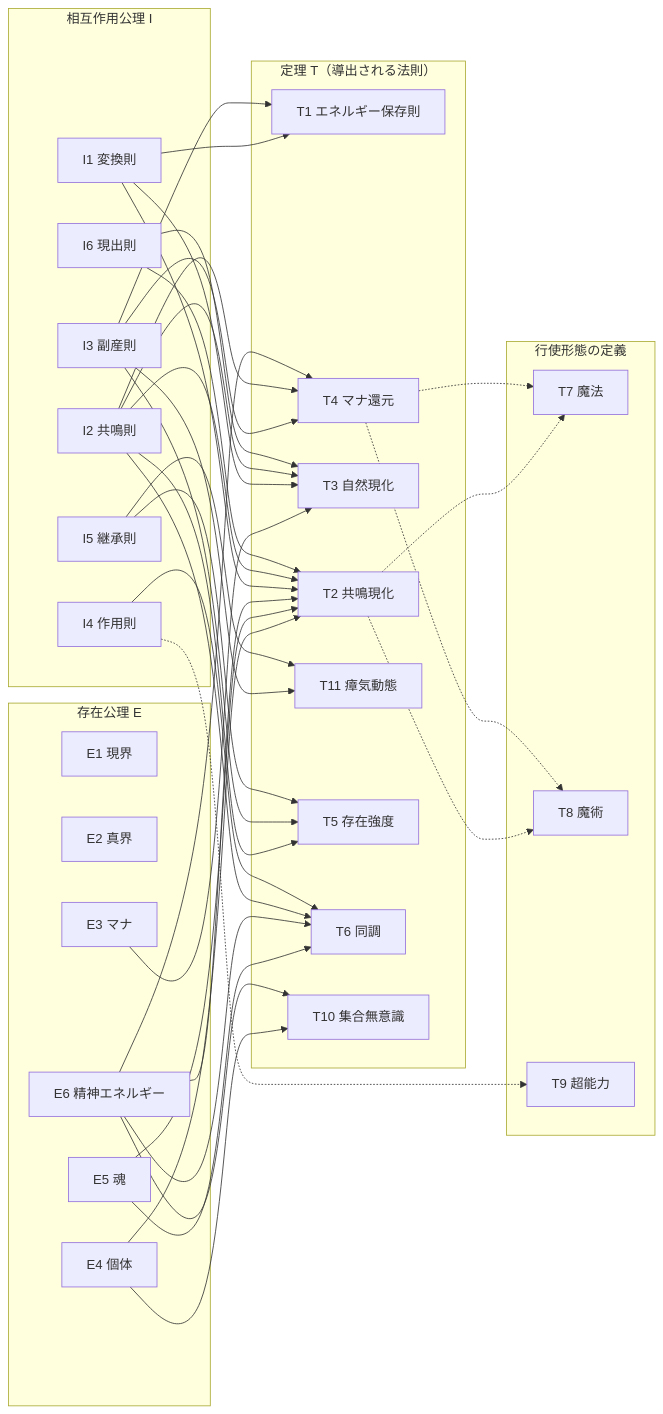
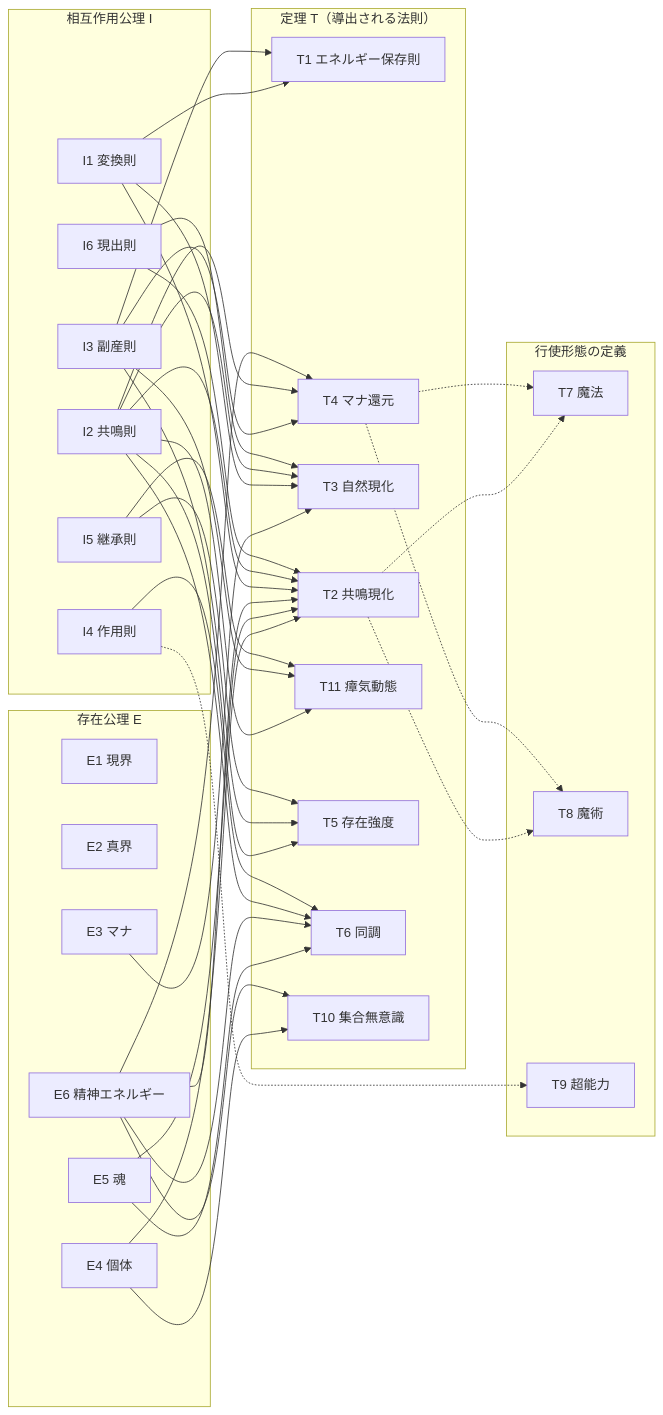
Before and after one commit to nnnstett/WorldMaterial_Mana: the second of 2 diagrams in world/README.md, drawn with Mermaid. The commit also changed other lines of this file, not shown here.

````diff
--- a/world/README.md
+++ b/world/README.md
@@ -158,65 +158,66 @@
 ```mermaid
 flowchart LR
   subgraph EA["存在公理 E"]
     E1["E1 現界"]
     E2["E2 真界"]
     E3["E3 マナ"]
     E4["E4 個体"]
     E5["E5 魂"]
     E6["E6 精神エネルギー"]
   end
   subgraph IA["相互作用公理 I"]
     I1["I1 変換則"]
     I2["I2 共鳴則"]
     I3["I3 副産則"]
     I4["I4 作用則"]
     I5["I5 継承則"]
     I6["I6 現出則"]
   end
   subgraph TH["定理 T（導出される法則）"]
     T1["T1 エネルギー保存則"]
     T2["T2 共鳴現化"]
     T3["T3 自然現化"]
     T4["T4 マナ還元"]
     T11["T11 瘴気動態"]
     T5["T5 存在強度"]
     T6["T6 同調"]
     T10["T10 集合無意識"]
   end
   subgraph DF["行使形態の定義"]
     T7["T7 魔法"]
     T8["T8 魔術"]
     T9["T9 超能力"]
   end
   I1 --> T1
   I3 --> T1
   E4 --> T2
   E5 --> T2
   E6 --> T2
   I1 --> T2
   I2 --> T2
   I6 --> T2
   E3 --> T3
   I1 --> T3
   I2 --> T3
   I6 --> T3
   I3 --> T4
   I2 --> T4
   E6 --> T4
+  I2 --> T11
   I3 --> T11
   I5 --> T11
   I2 --> T5
   I3 --> T5
   I5 --> T5
   E5 --> T6
   E6 --> T6
   I2 --> T6
   I4 --> T6
   E4 --> T10
   E6 --> T10
   T2 -.-> T7
   T4 -.-> T7
   T2 -.-> T8
   T4 -.-> T8
   I4 -.-> T9
 ```
````
